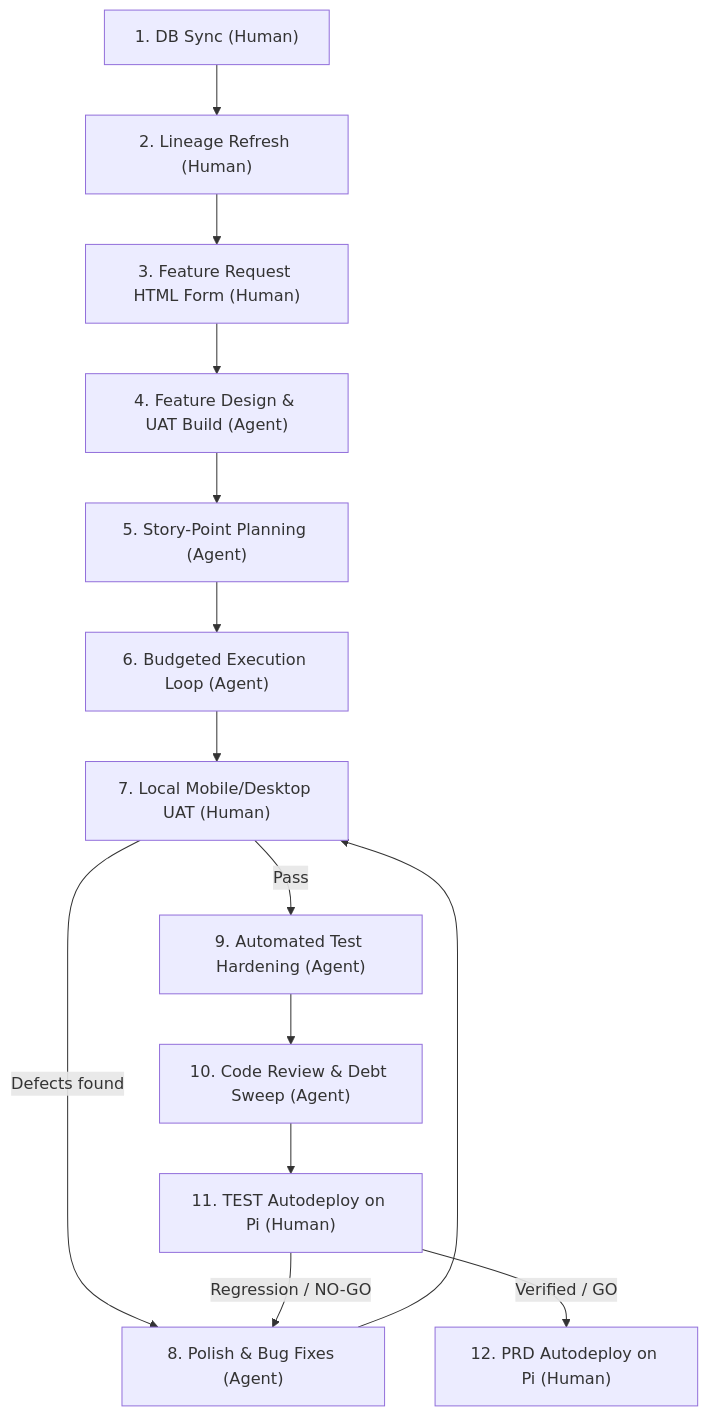
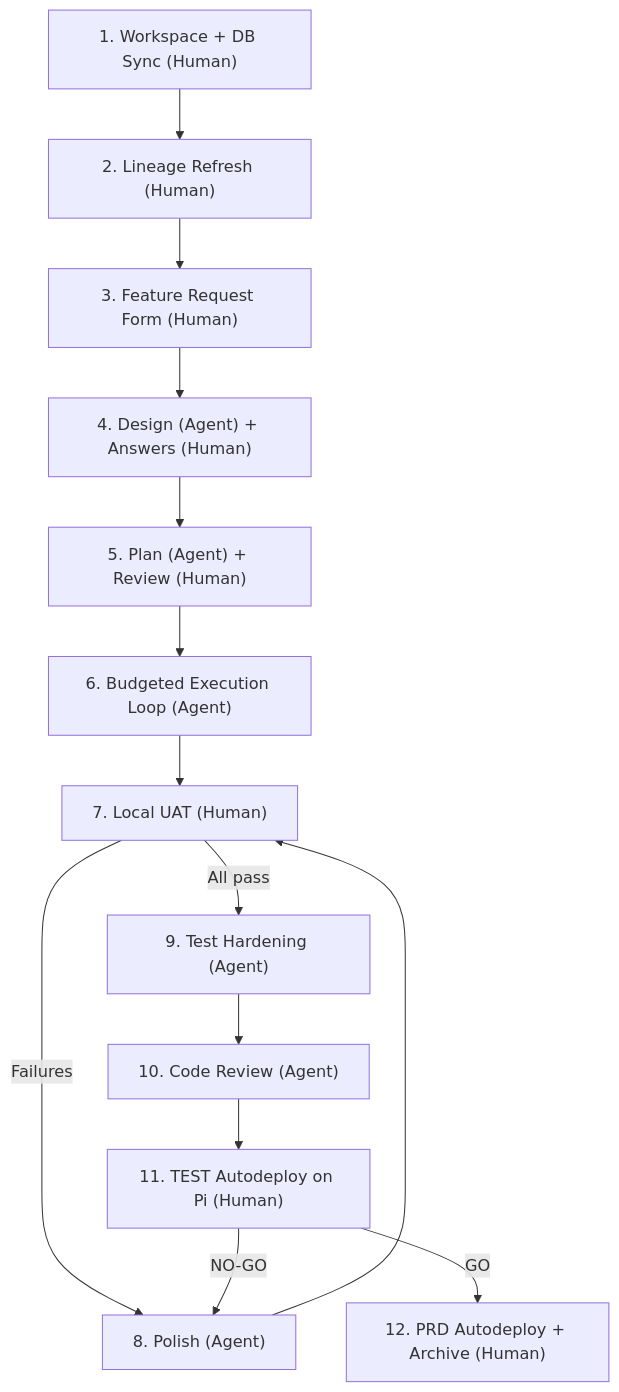
The diagram in docs/workflow/FEATURE_DEVELOPMENT_WORKFLOW.md (patrick-britton/PiFitness), drawn with Mermaid before and after one commit. The commit also changed other lines of this file and 5 other files, not shown here.

````diff
--- a/docs/workflow/FEATURE_DEVELOPMENT_WORKFLOW.md
+++ b/docs/workflow/FEATURE_DEVELOPMENT_WORKFLOW.md
@@ -103,16 +166,16 @@
 ```mermaid
 flowchart TD
-    S1["1. DB Sync (Human)"] --> S2["2. Lineage Refresh (Human)"]
-    S2 --> S3["3. Feature Request HTML Form (Human)"]
-    S3 --> S4["4. Feature Design & UAT Build (Agent)"]
-    S4 --> S5["5. Story-Point Planning (Agent)"]
+    S1["1. Workspace + DB Sync (Human)"] --> S2["2. Lineage Refresh (Human)"]
+    S2 --> S3["3. Feature Request Form (Human)"]
+    S3 --> S4["4. Design (Agent) + Answers (Human)"]
+    S4 --> S5["5. Plan (Agent) + Review (Human)"]
     S5 --> S6["6. Budgeted Execution Loop (Agent)"]
-    S6 --> S7["7. Local Mobile/Desktop UAT (Human)"]
-    S7 -->|Defects found| S8["8. Polish & Bug Fixes (Agent)"]
+    S6 --> S7["7. Local UAT (Human)"]
+    S7 -->|Failures| S8["8. Polish (Agent)"]
     S8 --> S7
-    S7 -->|Pass| S9["9. Automated Test Hardening (Agent)"]
-    S9 --> S10["10. Code Review & Debt Sweep (Agent)"]
+    S7 -->|All pass| S9["9. Test Hardening (Agent)"]
+    S9 --> S10["10. Code Review (Agent)"]
     S10 --> S11["11. TEST Autodeploy on Pi (Human)"]
-    S11 -->|Regression / NO-GO| S8
-    S11 -->|Verified / GO| S12["12. PRD Autodeploy on Pi (Human)"]
+    S11 -->|NO-GO| S8
+    S11 -->|GO| S12["12. PRD Autodeploy + Archive (Human)"]
 ```
````
